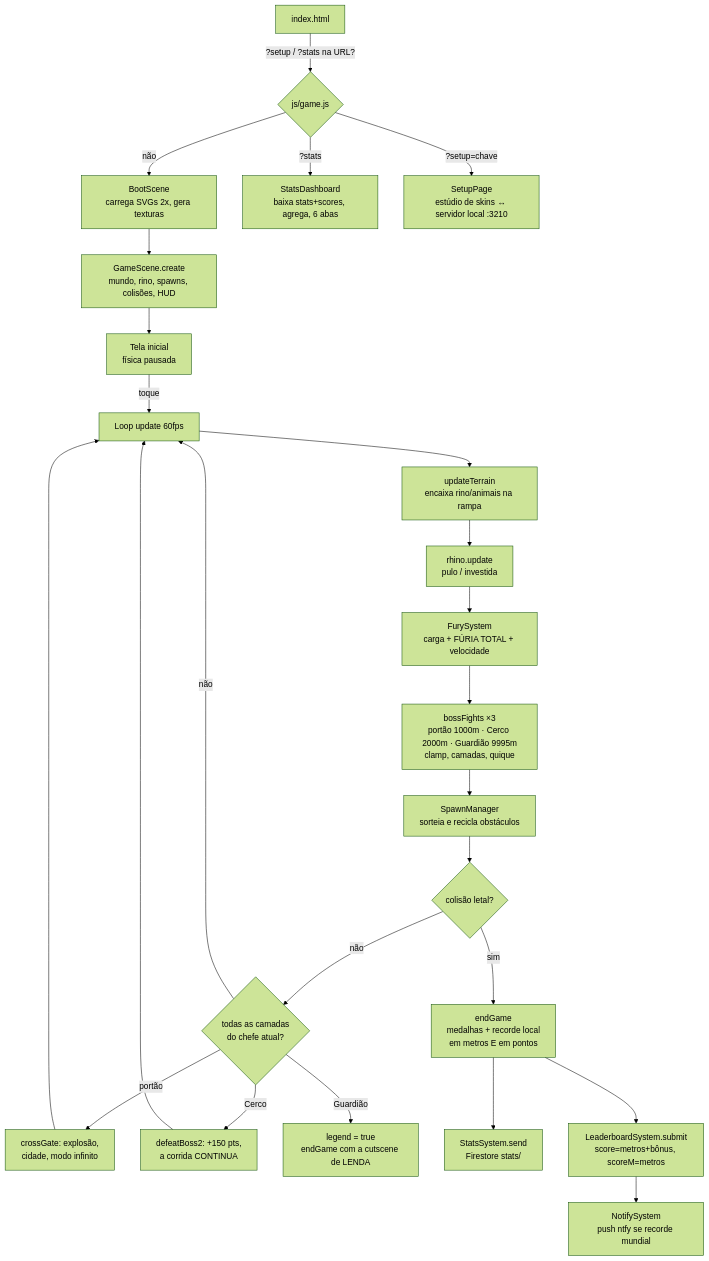
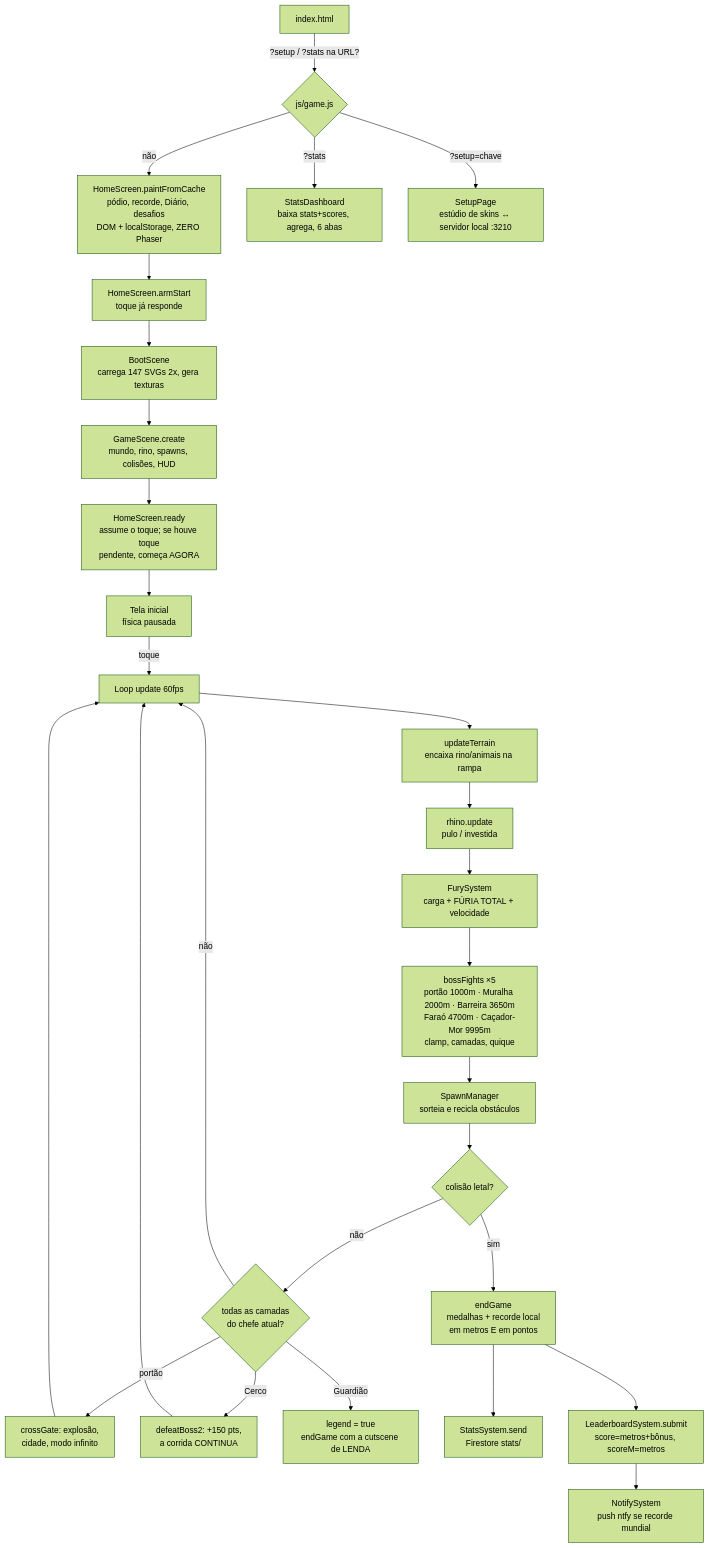
The diagram in docs/03-arquitetura.md (Cs-Ave/furious-rhino), drawn with Mermaid (forest theme) before and after one commit. The commit also changed other lines of this file and 6 other files, not shown here.

````diff
--- a/docs/03-arquitetura.md
+++ b/docs/03-arquitetura.md
@@ -85,30 +100,33 @@
 ```mermaid
 flowchart TD
     A[index.html] -->|"?setup / ?stats na URL?"| B{js/game.js}
-    B -->|não| C[BootScene<br/>carrega SVGs 2x, gera texturas]
+    B -->|não| HS[HomeScreen.paintFromCache<br/>pódio, recorde, Diário, desafios<br/>DOM + localStorage, ZERO Phaser]
+    HS --> AR[HomeScreen.armStart<br/>toque já responde]
+    AR --> C[BootScene<br/>carrega 147 SVGs 2x, gera texturas]
     C --> D[GameScene.create<br/>mundo, rino, spawns, colisões, HUD]
-    D --> E[Tela inicial<br/>física pausada]
+    D --> RD[HomeScreen.ready<br/>assume o toque; se houve toque<br/>pendente, começa AGORA]
+    RD --> E[Tela inicial<br/>física pausada]
     E -->|toque| F[Loop update 60fps]
 
     F --> G[updateTerrain<br/>encaixa rino/animais na rampa]
     G --> H[rhino.update<br/>pulo / investida]
     H --> I[FurySystem<br/>carga + FÚRIA TOTAL + velocidade]
-    I --> BF[bossFights ×3<br/>portão 1000m · Cerco 2000m · Guardião 9995m<br/>clamp, camadas, quique]
+    I --> BF[bossFights ×5<br/>portão 1000m · Muralha 2000m · Barreira 3650m<br/>Faraó 4700m · Caçador-Mor 9995m<br/>clamp, camadas, quique]
     BF --> J[SpawnManager<br/>sorteia e recicla obstáculos]
     J --> K{colisão letal?}
     K -->|não| L{todas as camadas<br/>do chefe atual?}
     L -->|não| F
     L -->|"portão"| M[crossGate: explosão,<br/>cidade, modo infinito]
     L -->|"Cerco"| M2[defeatBoss2: +150 pts,<br/>a corrida CONTINUA]
     L -->|"Guardião"| M3[legend = true<br/>endGame com a cutscene de LENDA]
     M --> F
     M2 --> F
 
     K -->|sim| N[endGame<br/>medalhas + recorde local<br/>em metros E em pontos]
     N --> O[StatsSystem.send<br/>Firestore stats/]
     N --> P[LeaderboardSystem.submit<br/>score=metros+bônus, scoreM=metros]
     P --> Q[NotifySystem<br/>push ntfy se recorde mundial]
 
     B -->|"?stats"| R[StatsDashboard<br/>baixa stats+scores, agrega, 6 abas]
     B -->|"?setup=chave"| S[SetupPage<br/>estúdio de skins ↔ servidor local :3210]
 ```
````
